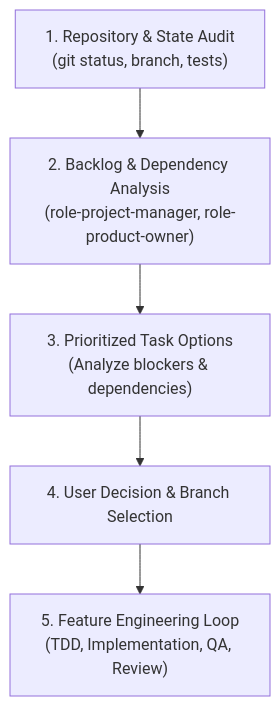
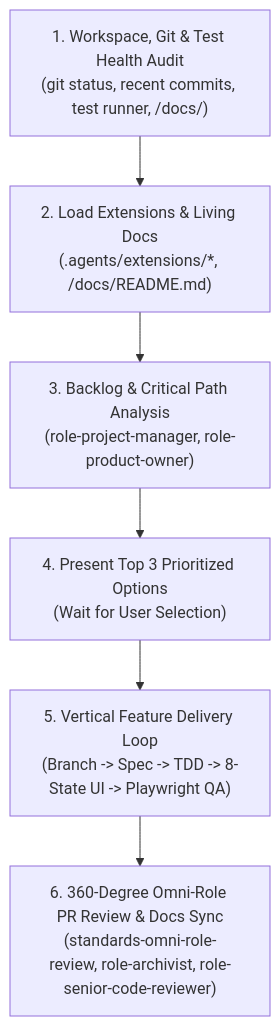
Before and after one commit to michalpmoroz/project-lifecycle-skills: the diagram in continue-project/SKILL.md, drawn with Mermaid. The commit also changed other lines of this file and 70 other files, not shown here.

````diff
--- a/continue-project/SKILL.md
+++ b/continue-project/SKILL.md
@@ -13,7 +22,8 @@
 ```mermaid
 flowchart TD
-    Audit["1. Repository & State Audit<br/>(git status, branch, tests)"] --> Triage["2. Backlog & Dependency Analysis<br/>(role-project-manager, role-product-owner)"]
-    Triage --> Recommend["3. Prioritized Task Options<br/>(Analyze blockers & dependencies)"]
-    Recommend --> UserDecision["4. User Decision & Branch Selection"]
-    UserDecision --> Exec["5. Feature Engineering Loop<br/>(TDD, Implementation, QA, Review)"]
+    Audit["1. Workspace, Git & Test Health Audit<br/>(git status, recent commits, test runner, /docs/)"] --> Context["2. Load Extensions & Living Docs<br/>(.agents/extensions/*, /docs/README.md)"]
+    Context --> Triage["3. Backlog & Critical Path Analysis<br/>(role-project-manager, role-product-owner)"]
+    Triage --> Propose["4. Present Top 3 Prioritized Options<br/>(Wait for User Selection)"]
+    Propose --> Execute["5. Vertical Feature Delivery Loop<br/>(Branch -> Spec -> TDD -> 8-State UI -> Playwright QA)"]
+    Execute --> Review["6. 360-Degree Omni-Role PR Review & Docs Sync<br/>(standards-omni-role-review, role-archivist, role-senior-code-reviewer)"]
 ```
````
